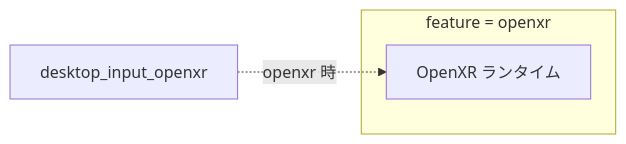
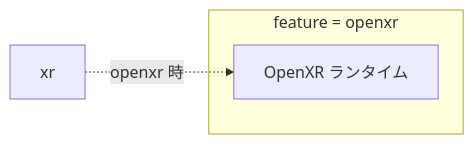
The diagram in docs/architecture/rust/desktop/input_openxr.md (FRICK-ELDY/alchemy-engine), drawn with Mermaid before and after one commit. The commit also changed other lines of this file and 11 other files, not shown here.

````diff
--- a/docs/architecture/rust/desktop/input_openxr.md
+++ b/docs/architecture/rust/desktop/input_openxr.md
@@ -14,10 +14,10 @@
 ```mermaid
 graph LR
-    XR[desktop_input_openxr]
+    XR[xr]
 
     subgraph optional["feature = openxr"]
         OX[OpenXR ランタイム]
     end
 
     XR -.->|openxr 時| OX
 ```
````
